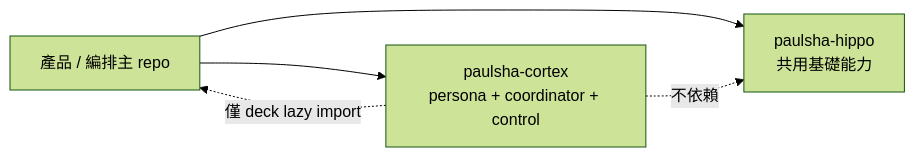
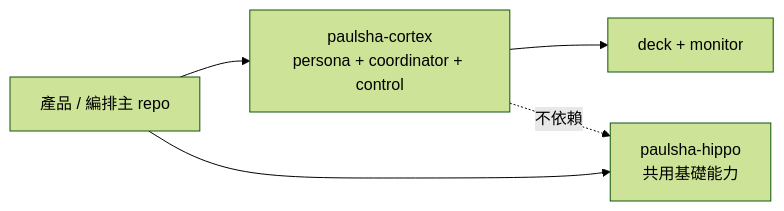
One commit to hamanpaul/paulsha-cortex changed the diagram in README.md. Above: the diagram before and after it, drawn with Mermaid (forest theme). The commit also changed other lines of this file and 1 other file, not shown here.

Commit message:
refactor: persona↔deck 同包正常 import；docs 澄清 persona 為角色契約資料

````diff
--- a/README.md
+++ b/README.md
@@ -7,7 +7,7 @@
 ```mermaid
 flowchart LR
     claw[產品 / 編排主 repo] --> cortex[paulsha-cortex\npersona + coordinator + control]
     claw --> hippo[paulsha-hippo\n共用基礎能力]
-    cortex -. 僅 deck lazy import .-> claw
+    cortex --> deck[deck + monitor]
     cortex -. 不依賴 .-> hippo
 ```
````
